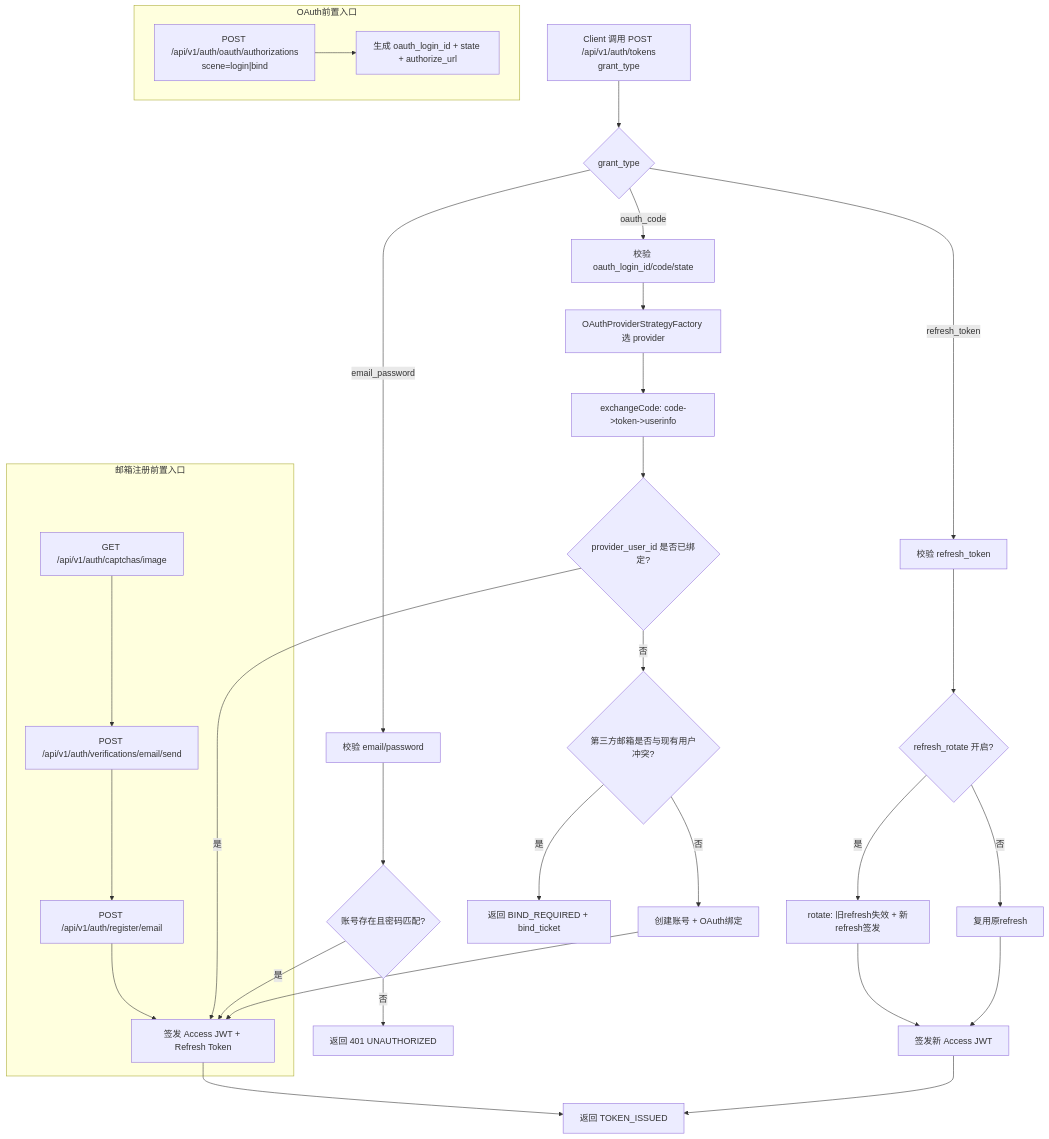
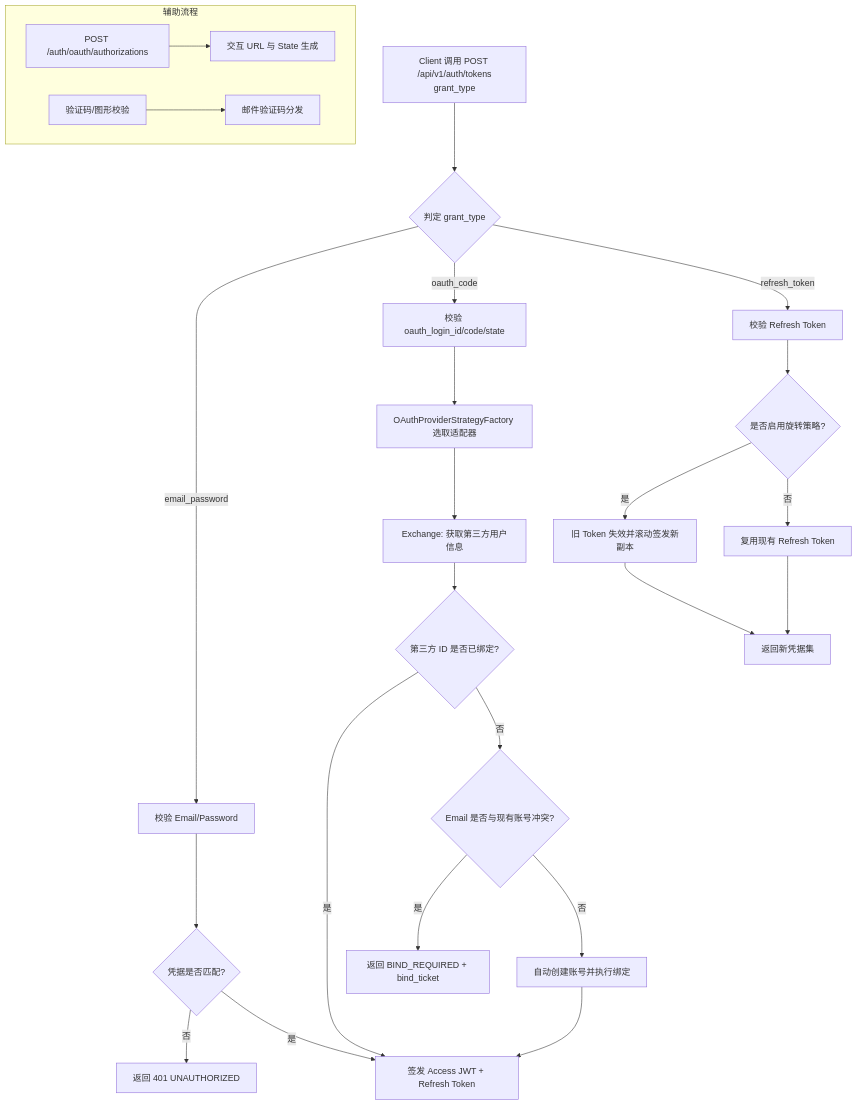
One commit to IzumiShizuki/shizuki-site changed the diagram in resouces/md/06_认证体系重构实施报告_v0.1.md. Above: the diagram before and after it, drawn with Mermaid. The commit also changed other lines of this file and 11 other files, not shown here.

````diff
--- a/resouces/md/06_认证体系重构实施报告_v0.1.md
+++ b/resouces/md/06_认证体系重构实施报告_v0.1.md
@@ -69,39 +34,31 @@
 ```mermaid
 flowchart TD
-    A["Client 调用 POST /api/v1/auth/tokens\ngrant_type"] --> B{grant_type}
+    A["Client 调用 POST /api/v1/auth/tokens\ngrant_type"] --> B{判定 grant_type}
 
-    B -->|email_password| C[校验 email/password]
-    C --> C1{"账号存在且密码匹配?"}
+    B -->|email_password| C[校验 Email/Password]
+    C --> C1{"凭据是否匹配?"}
     C1 -->|否| E401[返回 401 UNAUTHORIZED]
     C1 -->|是| T[签发 Access JWT + Refresh Token]
 
     B -->|oauth_code| O0[校验 oauth_login_id/code/state]
-    O0 --> O1[OAuthProviderStrategyFactory 选 provider]
-    O1 --> O2[exchangeCode: code->token->userinfo]
-    O2 --> O3{provider_user_id 是否已绑定?}
+    O0 --> O1[OAuthProviderStrategyFactory 选取适配器]
+    O1 --> O2[Exchange: 获取第三方用户信息]
+    O2 --> O3{第三方 ID 是否已绑定?}
     O3 -->|是| T
-    O3 -->|否| O4{第三方邮箱是否与现有用户冲突?}
+    O3 -->|否| O4{Email 是否与现有账号冲突?}
     O4 -->|是| BR[返回 BIND_REQUIRED + bind_ticket]
-    O4 -->|否| O5[创建账号 + OAuth绑定]
+    O4 -->|否| O5[自动创建账号并执行绑定]
     O5 --> T
 
-    B -->|refresh_token| R0[校验 refresh_token]
-    R0 --> R1{refresh_rotate 开启?}
-    R1 -->|是| R2[rotate: 旧refresh失效 + 新refresh签发]
-    R1 -->|否| R3[复用原refresh]
-    R2 --> T2[签发新 Access JWT]
+    B -->|refresh_token| R0[校验 Refresh Token]
+    R0 --> R1{是否启用旋转策略?}
+    R1 -->|是| R2[旧 Token 失效并滚动签发新副本]
+    R1 -->|否| R3[复用现有 Refresh Token]
+    R2 --> T2[返回新凭据集]
     R3 --> T2
 
-    T --> OK[返回 TOKEN_ISSUED]
-    T2 --> OK
-
-    subgraph OAuth前置入口
-      OA["POST /api/v1/auth/oauth/authorizations\nscene=login|bind"] --> OB[生成 oauth_login_id + state + authorize_url]
-    end
-
-    subgraph 邮箱注册前置入口
-      V1[GET /api/v1/auth/captchas/image] --> V2[POST /api/v1/auth/verifications/email/send]
-      V2 --> V3[POST /api/v1/auth/register/email]
-      V3 --> T
+    subgraph "辅助流程"
+      OA["POST /auth/oauth/authorizations"] --> OB[交互 URL 与 State 生成]
+      V1[验证码/图形校验] --> V2[邮件验证码分发]
     end
 ```
````
